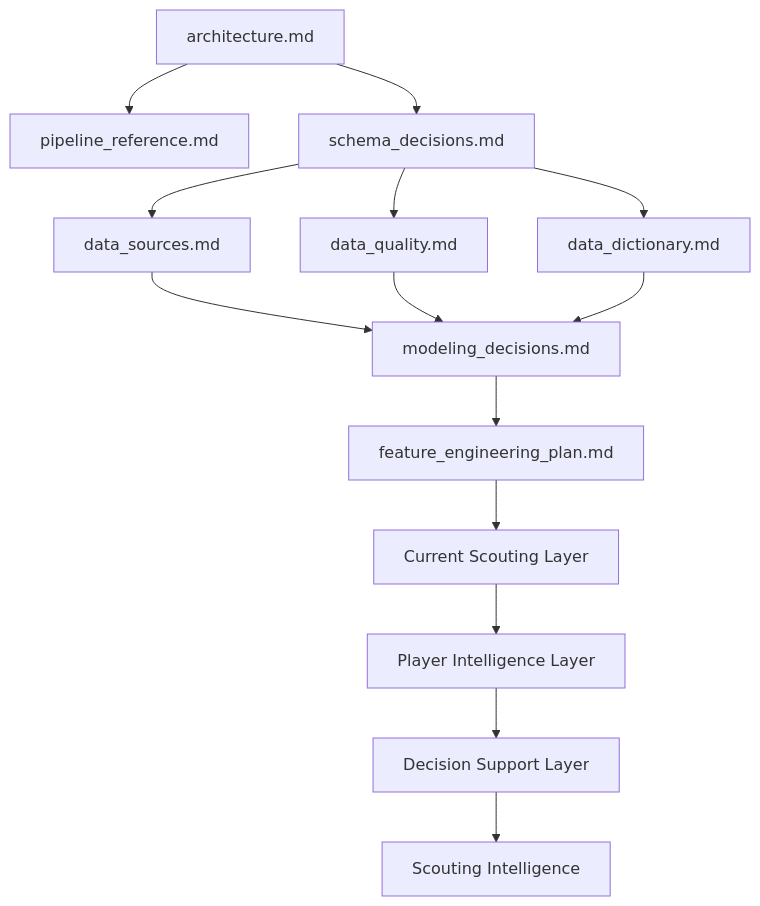
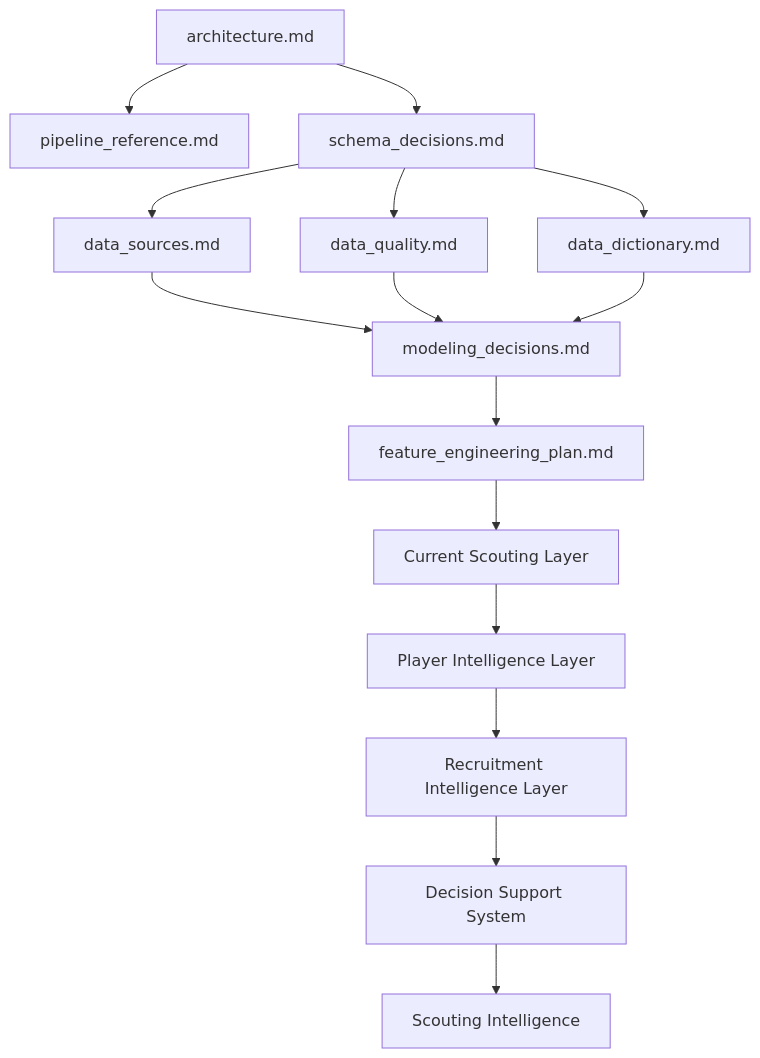
The diagram in docs/README.md (manuelpeba/market-value-football-tfm), drawn with Mermaid before and after one commit. The commit also changed other lines of this file and 15 other files, not shown here.

````diff
--- a/docs/README.md
+++ b/docs/README.md
@@ -188,26 +234,28 @@
 ```mermaid
 flowchart TD
 
 A[architecture.md]
 --> B[pipeline_reference.md]
 
 A --> C[schema_decisions.md]
 
 C --> D[data_sources.md]
 C --> E[data_quality.md]
 C --> F[data_dictionary.md]
 
 D --> G[modeling_decisions.md]
 E --> G
 F --> G
 
 G --> H[feature_engineering_plan.md]
 
 H --> I[Current Scouting Layer]
 
 I --> J[Player Intelligence Layer]
 
-J --> K[Decision Support Layer]
+J --> K[Recruitment Intelligence Layer]
 
-K --> L[Scouting Intelligence]
+K --> L[Decision Support System]
+
+L --> M[Scouting Intelligence]
 ```
````
